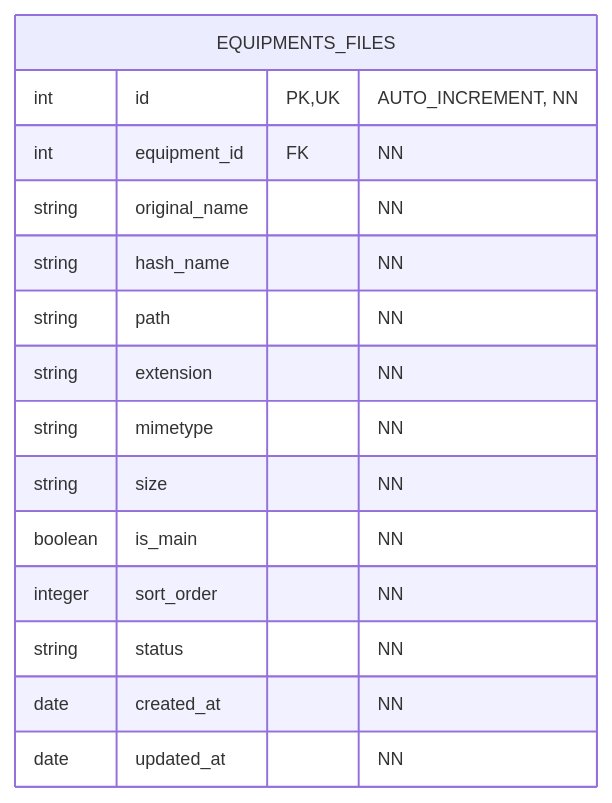
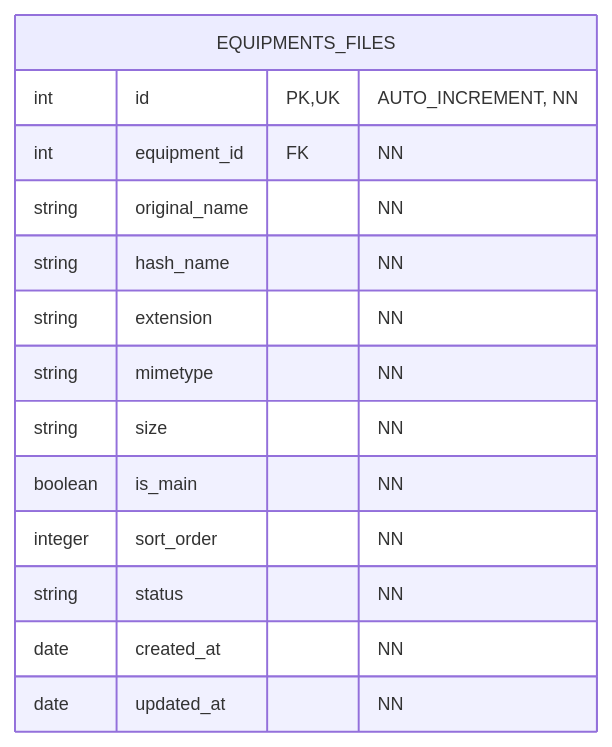
One commit to Juandiego001/lab-dental changed diagram 36 of 45 in docs/db/db.md. Above: the diagram before and after it, drawn with Mermaid. The commit also changed other lines of this file and 71 other files, not shown here.

````diff
--- a/docs/db/db.md
+++ b/docs/db/db.md
@@ -671,19 +684,18 @@
 ```mermaid
 %%{init: {'theme': 'default', 'themeVariables': { 'fontSize': '12px', 'entityPadding': '5' }}}%%
 erDiagram
     EQUIPMENTS_FILES {
         int id PK, UK "AUTO_INCREMENT, NN"
         int equipment_id FK "NN"
         string original_name "NN"
         string hash_name "NN"
-        string path "NN"
         string extension "NN"
         string mimetype "NN"
         string size "NN"
         boolean is_main "NN"
         integer sort_order "NN"
         string status "NN"
         date created_at "NN"
         date updated_at "NN"
     }
 ```
````
